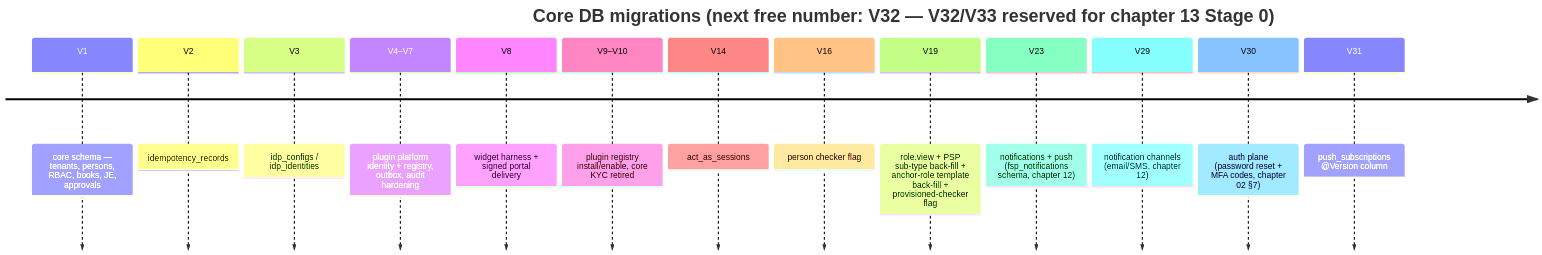
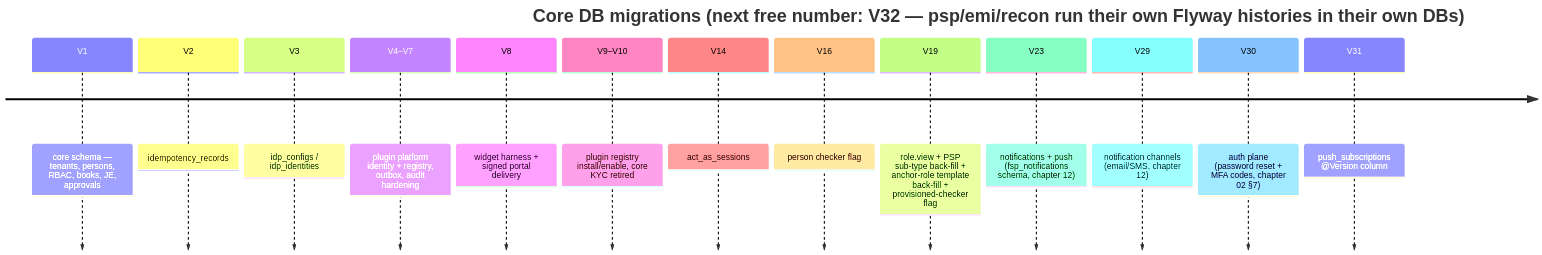
The second of 2 diagrams in docs/architecture/10-data-model.md (FathimaBadar/FinancialServicesPlatform), drawn with Mermaid before and after one commit. The commit also changed 153 other files, not shown here.

First line of the commit message:
Stage 5: PSP clearing — merchant acquiring, settlement sweep, statement ingest (LANDED)

````diff
--- a/docs/architecture/10-data-model.md
+++ b/docs/architecture/10-data-model.md
@@ -34,17 +34,17 @@
 ```mermaid
 timeline
-    title Core DB migrations (next free number: V32 — V32/V33 reserved for chapter 13 Stage 0)
+    title Core DB migrations (next free number: V32 — psp/emi/recon run their own Flyway histories in their own DBs)
     V1 : core schema — tenants, persons, RBAC, books, JE, approvals
     V2 : idempotency_records
     V3 : idp_configs / idp_identities
     V4–V7 : plugin platform identity + registry, outbox, audit hardening
     V8 : widget harness + signed portal delivery
     V9–V10 : plugin registry install/enable, core KYC retired
     V14 : act_as_sessions
     V16 : person checker flag
     V19 : role.view + PSP sub-type back-fill + anchor-role template back-fill + provisioned-checker flag
     V23 : notifications + push (fsp_notifications schema, chapter 12)
     V29 : notification channels (email/SMS, chapter 12)
     V30 : auth plane (password reset + MFA codes, chapter 02 §7)
     V31 : push_subscriptions @Version column
 ```
````
